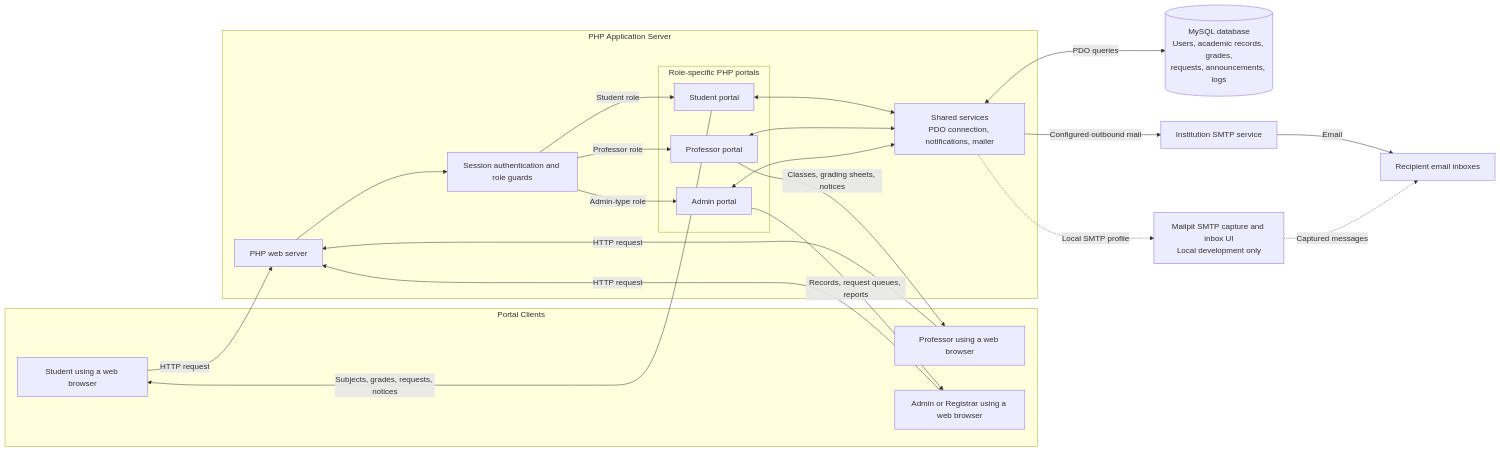
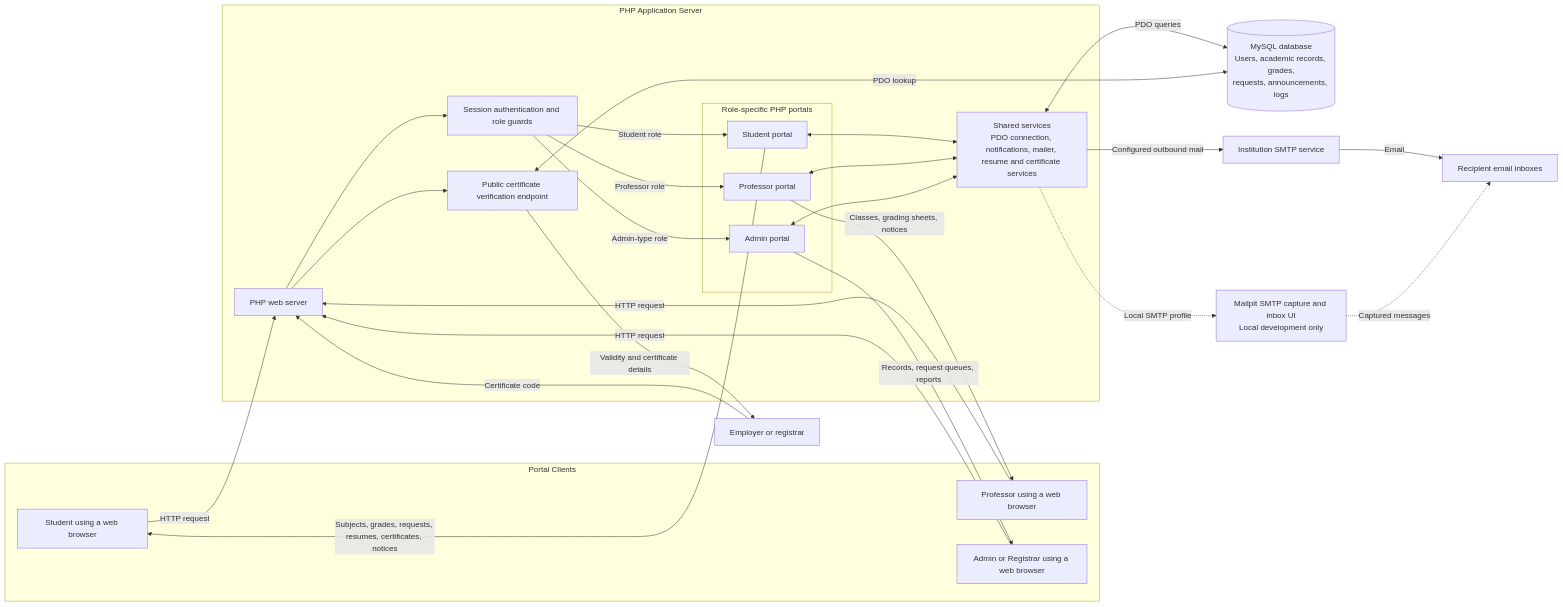
One commit to Avigilon3/Academic_portal changed the second of 8 diagrams in SYSTEM_DIAGRAMS.md. Above: the diagram before and after it, drawn with Mermaid. The commit also changed other lines of this file and 22 other files, not shown here.

````diff
--- a/SYSTEM_DIAGRAMS.md
+++ b/SYSTEM_DIAGRAMS.md
@@ -51,48 +55,54 @@
 ```mermaid
 flowchart LR
     subgraph clients[Portal Clients]
         student[Student using a web browser]
         professor[Professor using a web browser]
         admin[Admin or Registrar using a web browser]
     end
 
     subgraph application[PHP Application Server]
         web[PHP web server]
         auth[Session authentication and role guards]
+        verification[Public certificate verification endpoint]
 
         subgraph portals[Role-specific PHP portals]
             studentPortal[Student portal]
             professorPortal[Professor portal]
             adminPortal[Admin portal]
         end
 
-        core[Shared services<br/>PDO connection, notifications, mailer]
+        core[Shared services<br/>PDO connection, notifications, mailer, resume and certificate services]
     end
 
     database[(MySQL database<br/>Users, academic records, grades,<br/>requests, announcements, logs)]
     smtp[Institution SMTP service]
     mailpit[Mailpit SMTP capture and inbox UI<br/>Local development only]
     recipients[Recipient email inboxes]
+    verifier[Employer or registrar]
 
     student -->|HTTP request| web
     professor -->|HTTP request| web
     admin -->|HTTP request| web
+    verifier -->|Certificate code| web
     web --> auth
     auth -->|Student role| studentPortal
     auth -->|Professor role| professorPortal
     auth -->|Admin-type role| adminPortal
+    web --> verification
 
     studentPortal <--> core
     professorPortal <--> core
     adminPortal <--> core
     core <-->|PDO queries| database
+    verification <-->|PDO lookup| database
 
     core -->|Configured outbound mail| smtp
     smtp -->|Email| recipients
     core -.->|Local SMTP profile| mailpit
     mailpit -.->|Captured messages| recipients
 
-    studentPortal -->|Subjects, grades, requests, notices| student
+    studentPortal -->|Subjects, grades, requests, resumes, certificates, notices| student
+    verification -->|Validity and certificate details| verifier
     professorPortal -->|Classes, grading sheets, notices| professor
     adminPortal -->|Records, request queues, reports| admin
 ```
````
